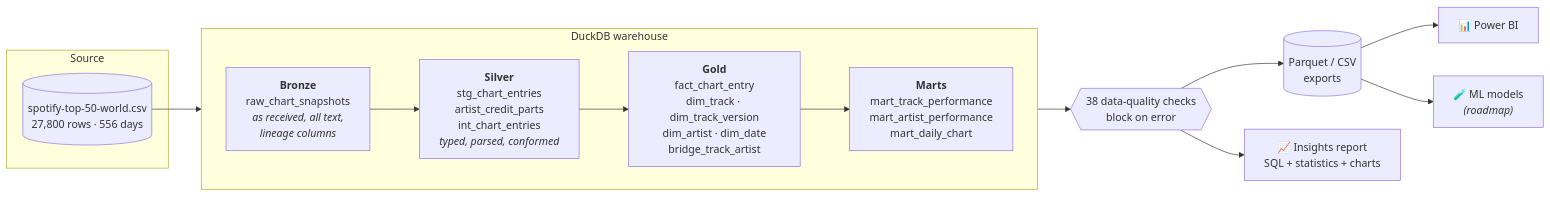
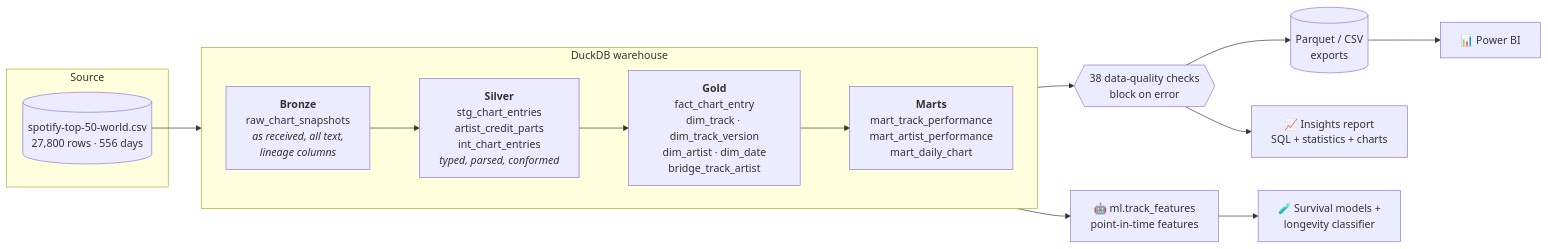
Before and after one commit to n3h4a/spotify-powerbi-dashboard: the first of 2 diagrams in README.md, drawn with Mermaid. The commit also changed other lines of this file and 3 other files, not shown here.

````diff
--- a/README.md
+++ b/README.md
@@ -59,27 +84,28 @@
 ```mermaid
 flowchart LR
     subgraph SRC[Source]
         CSV[("spotify-top-50-world.csv<br/>27,800 rows · 556 days")]
     end
 
     subgraph WH["DuckDB warehouse"]
         direction LR
         B["<b>Bronze</b><br/>raw_chart_snapshots<br/><i>as received, all text,<br/>lineage columns</i>"]
         S["<b>Silver</b><br/>stg_chart_entries<br/>artist_credit_parts<br/>int_chart_entries<br/><i>typed, parsed, conformed</i>"]
         G["<b>Gold</b><br/>fact_chart_entry<br/>dim_track · dim_track_version<br/>dim_artist · dim_date<br/>bridge_track_artist"]
         M["<b>Marts</b><br/>mart_track_performance<br/>mart_artist_performance<br/>mart_daily_chart"]
         B --> S --> G --> M
     end
 
     DQ{{"38 data-quality checks<br/>block on error"}}
     OUT[("Parquet / CSV<br/>exports")]
     PBI["📊 Power BI"]
     INS["📈 Insights report<br/>SQL + statistics + charts"]
-    NEXT["🧪 ML models<br/><i>(roadmap)</i>"]
+    ML["🤖 ml.track_features<br/>point-in-time features"]
+    NEXT["🧪 Survival models +<br/>longevity classifier"]
 
     CSV --> B
     M --> DQ --> OUT
     OUT --> PBI
     DQ --> INS
-    OUT --> NEXT
+    M --> ML --> NEXT
 ```
````
